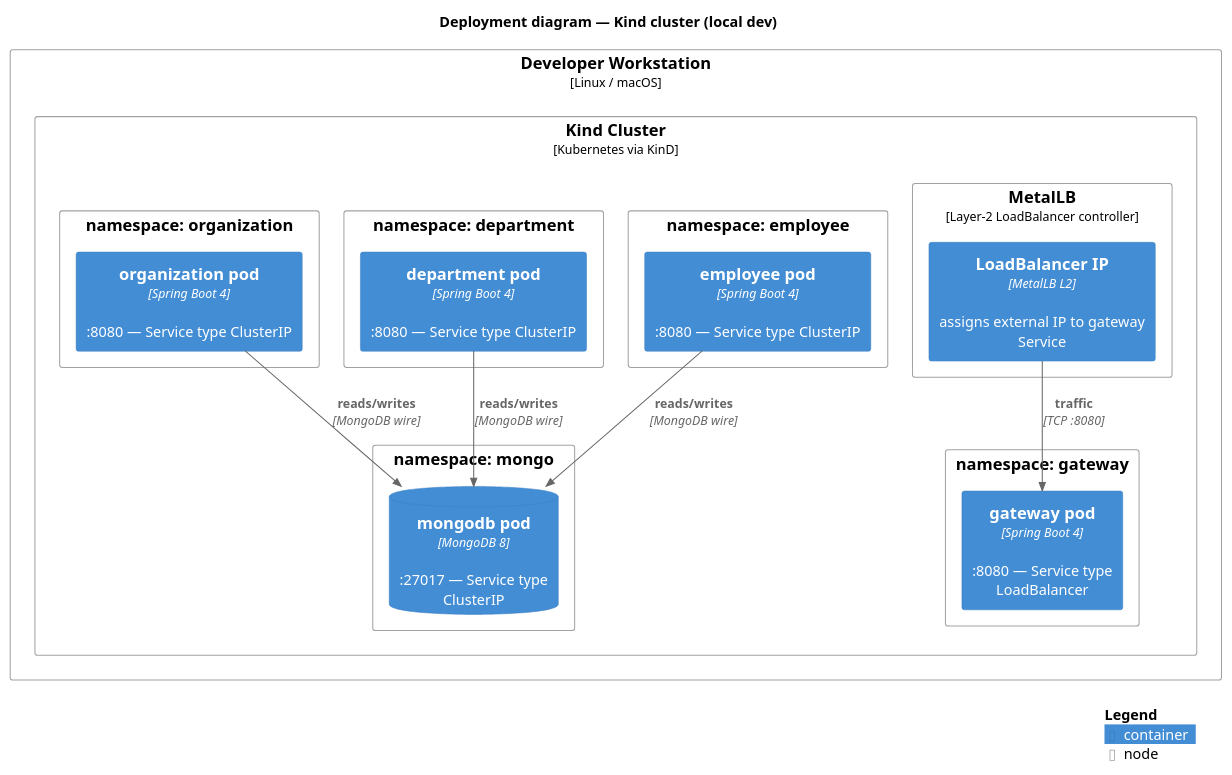
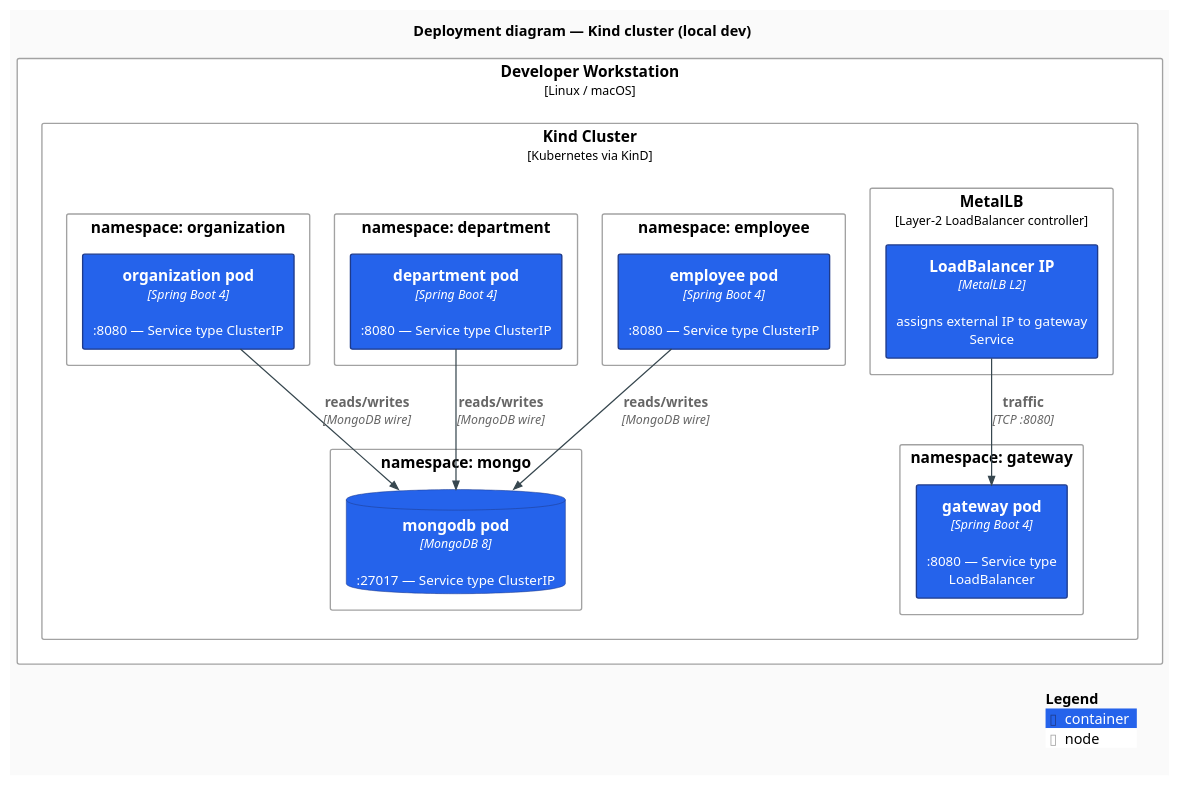
Before and after one commit to AndriyKalashnykov/spring-microservices-k8s: the diagram in docs/diagrams/c4-deployment.puml, drawn with PlantUML. The commit also changed 8 other files, not shown here.

First line of the commit message:
docs: adopt modern-flat PlantUML theme as default for all C4 diagrams

```diff
--- a/docs/diagrams/c4-deployment.puml
+++ b/docs/diagrams/c4-deployment.puml
@@ -1,37 +1,51 @@
 @startuml c4-deployment
 !include https://raw.githubusercontent.com/plantuml-stdlib/C4-PlantUML/v2.11.0/C4_Deployment.puml
+
+' Modern flat styling: no shadows, sharper corners, clean sans-serif, modern palette.
+skinparam backgroundColor #FAFAFA
+skinparam shadowing false
+skinparam roundCorner 4
+skinparam defaultFontName "Inter, Helvetica, Arial, sans-serif"
+skinparam defaultFontSize 13
+skinparam ArrowColor #37474F
+skinparam ArrowThickness 1.2
+skinparam rectangleBorderThickness 1.3
+
+UpdateElementStyle("container",   $fontColor="#FFFFFF", $bgColor="#2563EB", $borderColor="#1E3A8A")
+UpdateElementStyle("container_db",$fontColor="#FFFFFF", $bgColor="#7C3AED", $borderColor="#4C1D95")
+UpdateBoundaryStyle($bgColor="#F1F5F9", $borderColor="#94A3B8", $fontColor="#1E293B")
 
 title Deployment diagram — Kind cluster (local dev)
 
 Deployment_Node(host, "Developer Workstation", "Linux / macOS") {
     Deployment_Node(kind, "Kind Cluster", "Kubernetes via KinD") {
 
         Deployment_Node(metallb, "MetalLB", "Layer-2 LoadBalancer controller") {
             Container(lb, "LoadBalancer IP", "MetalLB L2", "assigns external IP to gateway Service")
         }
 
         Deployment_Node(ns_gw, "namespace: gateway") {
             Container(gateway_pod, "gateway pod", "Spring Boot 4", ":8080 — Service type LoadBalancer")
         }
         Deployment_Node(ns_emp, "namespace: employee") {
             Container(employee_pod, "employee pod", "Spring Boot 4", ":8080 — Service type ClusterIP")
         }
         Deployment_Node(ns_dept, "namespace: department") {
             Container(department_pod, "department pod", "Spring Boot 4", ":8080 — Service type ClusterIP")
         }
         Deployment_Node(ns_org, "namespace: organization") {
             Container(organization_pod, "organization pod", "Spring Boot 4", ":8080 — Service type ClusterIP")
         }
         Deployment_Node(ns_mongo, "namespace: mongo") {
             ContainerDb(mongo_pod, "mongodb pod", "MongoDB 8", ":27017 — Service type ClusterIP")
         }
     }
 }
 
 Rel(lb, gateway_pod, "traffic", "TCP :8080")
 Rel_D(employee_pod,     mongo_pod, "reads/writes", "MongoDB wire")
 Rel_D(department_pod,   mongo_pod, "reads/writes", "MongoDB wire")
 Rel_D(organization_pod, mongo_pod, "reads/writes", "MongoDB wire")
 
 SHOW_LEGEND()
 @enduml
```
